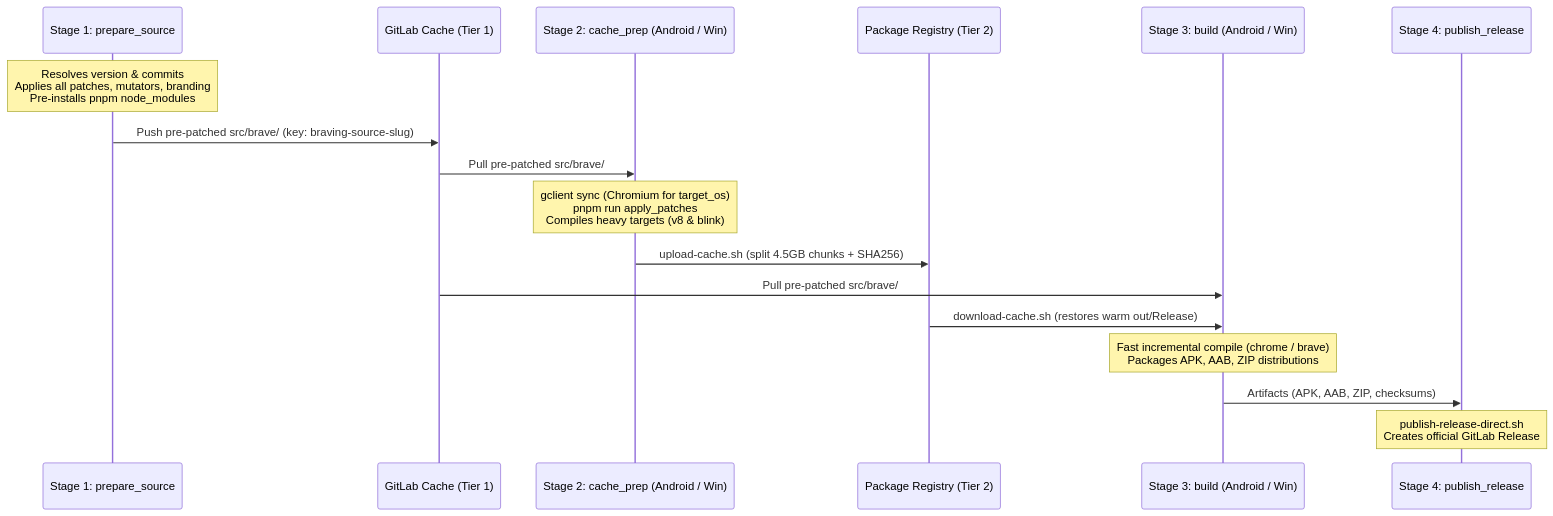
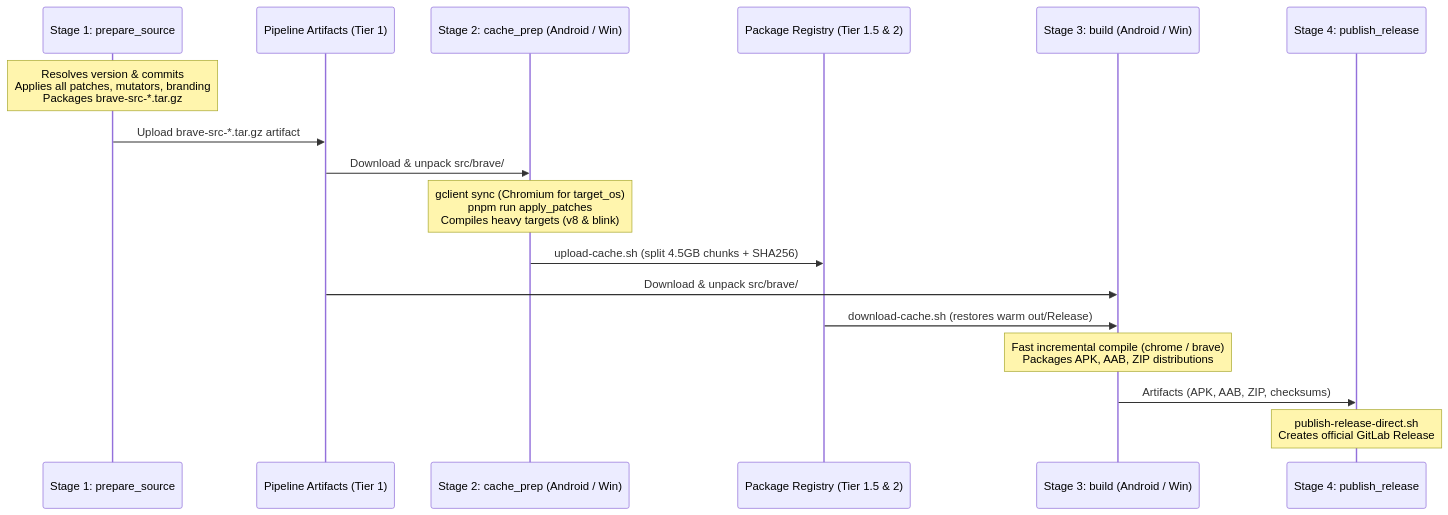
Before and after one commit to gajera1080/CeriumBrowser: the second of 2 diagrams in .agents/skills/braving/SKILL.md, drawn with Mermaid. The commit also changed other lines of this file and 9 other files, not shown here.

Commit message:
feat(ci): ensure deterministic brave-core inter-stage artifact transport and git clean protections

````diff
--- a/.agents/skills/braving/SKILL.md
+++ b/.agents/skills/braving/SKILL.md
@@ -210,23 +204,24 @@
 ```mermaid
 sequenceDiagram
     participant S1 as Stage 1: prepare_source
-    participant GCache as GitLab Cache (Tier 1)
+    participant Art as Pipeline Artifacts (Tier 1)
     participant S2 as Stage 2: cache_prep (Android / Win)
-    participant Reg as Package Registry (Tier 2)
+    participant Reg as Package Registry (Tier 1.5 & 2)
     participant S3 as Stage 3: build (Android / Win)
     participant S4 as Stage 4: publish_release
 
-    Note over S1: Resolves version & commits<br/>Applies all patches, mutators, branding<br/>Pre-installs pnpm node_modules
-    S1->>GCache: Push pre-patched src/brave/ (key: braving-source-slug)
+    Note over S1: Resolves version & commits<br/>Applies all patches, mutators, branding<br/>Packages brave-src-*.tar.gz
+    S1->>Art: Upload brave-src-*.tar.gz artifact
     
-    GCache->>S2: Pull pre-patched src/brave/
+    Art->>S2: Download & unpack src/brave/
     Note over S2: gclient sync (Chromium for target_os)<br/>pnpm run apply_patches<br/>Compiles heavy targets (v8 & blink)
     S2->>Reg: upload-cache.sh (split 4.5GB chunks + SHA256)
     
-    GCache->>S3: Pull pre-patched src/brave/
+    Art->>S3: Download & unpack src/brave/
     Reg->>S3: download-cache.sh (restores warm out/Release)
     Note over S3: Fast incremental compile (chrome / brave)<br/>Packages APK, AAB, ZIP distributions
     
     S3->>S4: Artifacts (APK, AAB, ZIP, checksums)
     Note over S4: publish-release-direct.sh<br/>Creates official GitLab Release
+
 ```
````
